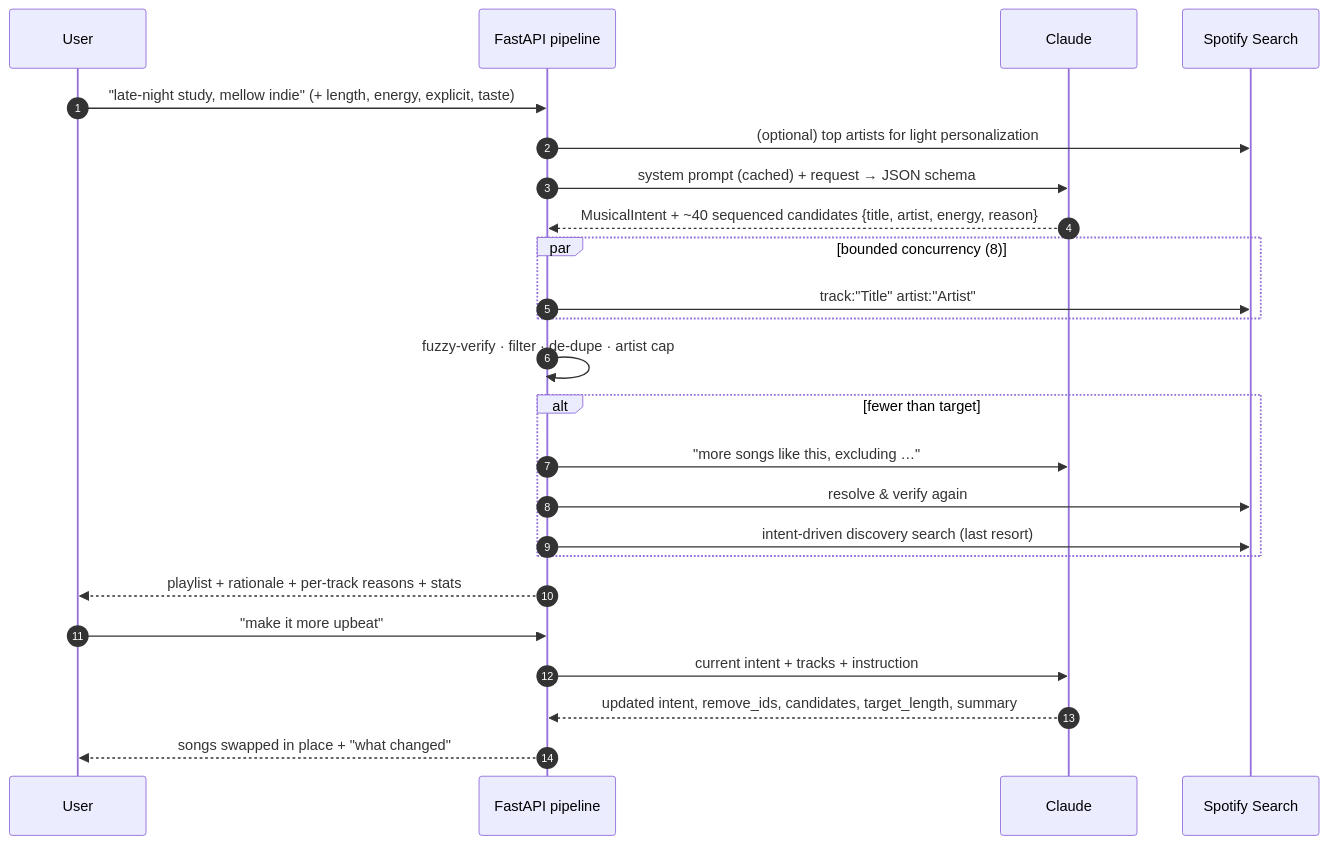
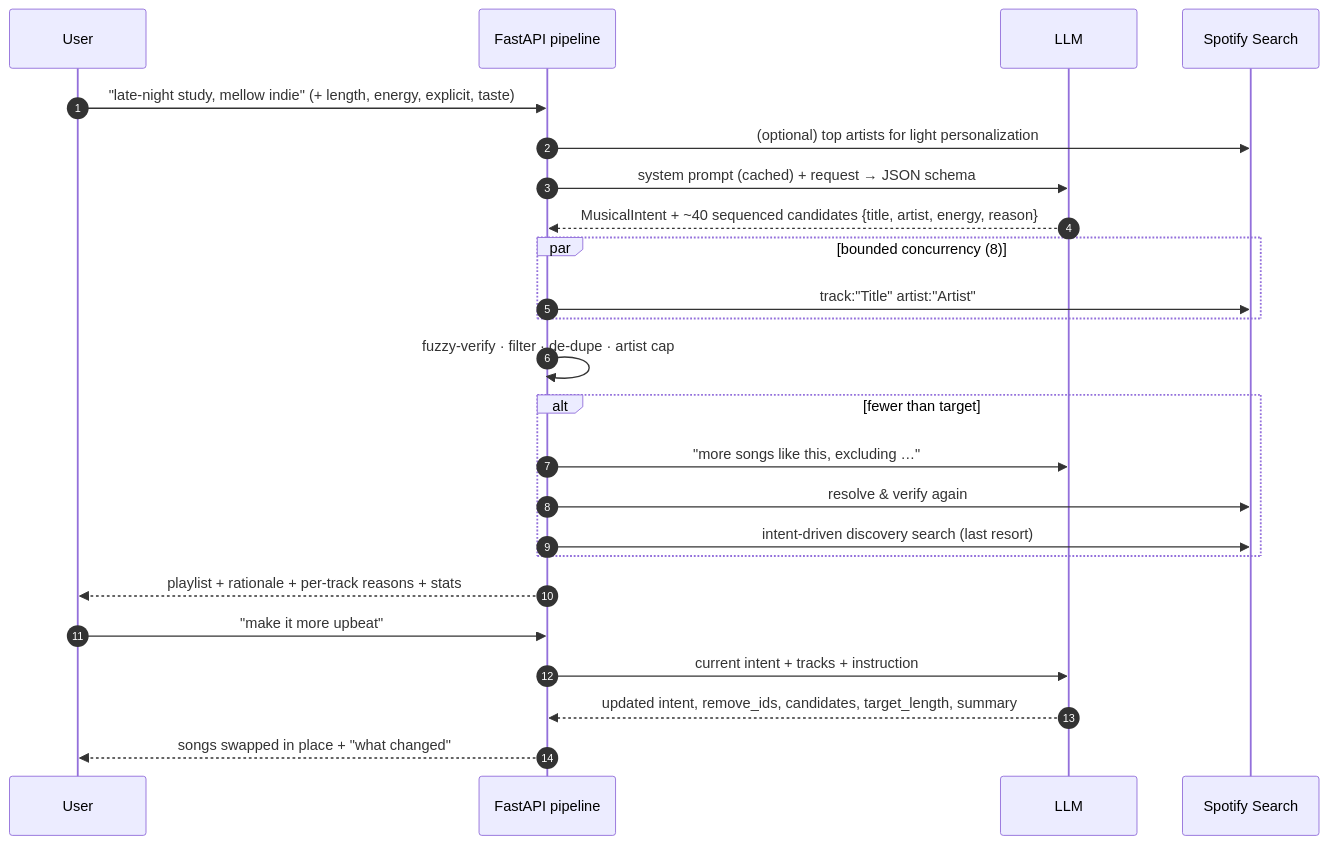
The second of 2 diagrams in README.md (lordflaxko/moodwave), drawn with Mermaid before and after one commit. The commit also changed other lines of this file and 11 other files, not shown here.

````diff
--- a/README.md
+++ b/README.md
@@ -190,26 +190,26 @@
 ```mermaid
 sequenceDiagram
     autonumber
     participant U as User
     participant API as FastAPI pipeline
-    participant C as Claude
+    participant C as LLM
     participant S as Spotify Search
     U->>API: "late-night study, mellow indie" (+ length, energy, explicit, taste)
     API->>S: (optional) top artists for light personalization
     API->>C: system prompt (cached) + request → JSON schema
     C-->>API: MusicalIntent + ~40 sequenced candidates {title, artist, energy, reason}
     par bounded concurrency (8)
       API->>S: track:"Title" artist:"Artist"
     end
     API->>API: fuzzy-verify · filter · de-dupe · artist cap
     alt fewer than target
       API->>C: "more songs like this, excluding …"
       API->>S: resolve & verify again
       API->>S: intent-driven discovery search (last resort)
     end
     API-->>U: playlist + rationale + per-track reasons + stats
     U->>API: "make it more upbeat"
     API->>C: current intent + tracks + instruction
     C-->>API: updated intent, remove_ids, candidates, target_length, summary
     API-->>U: songs swapped in place + "what changed"
 ```
````
